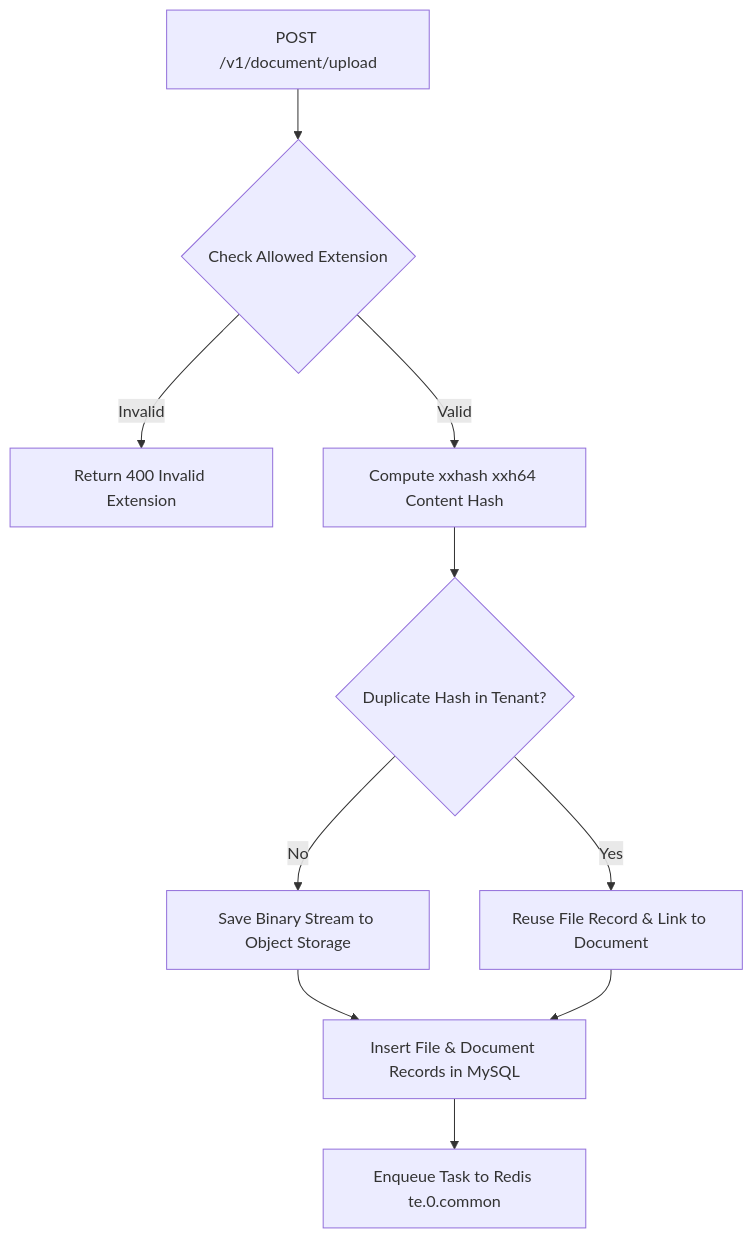
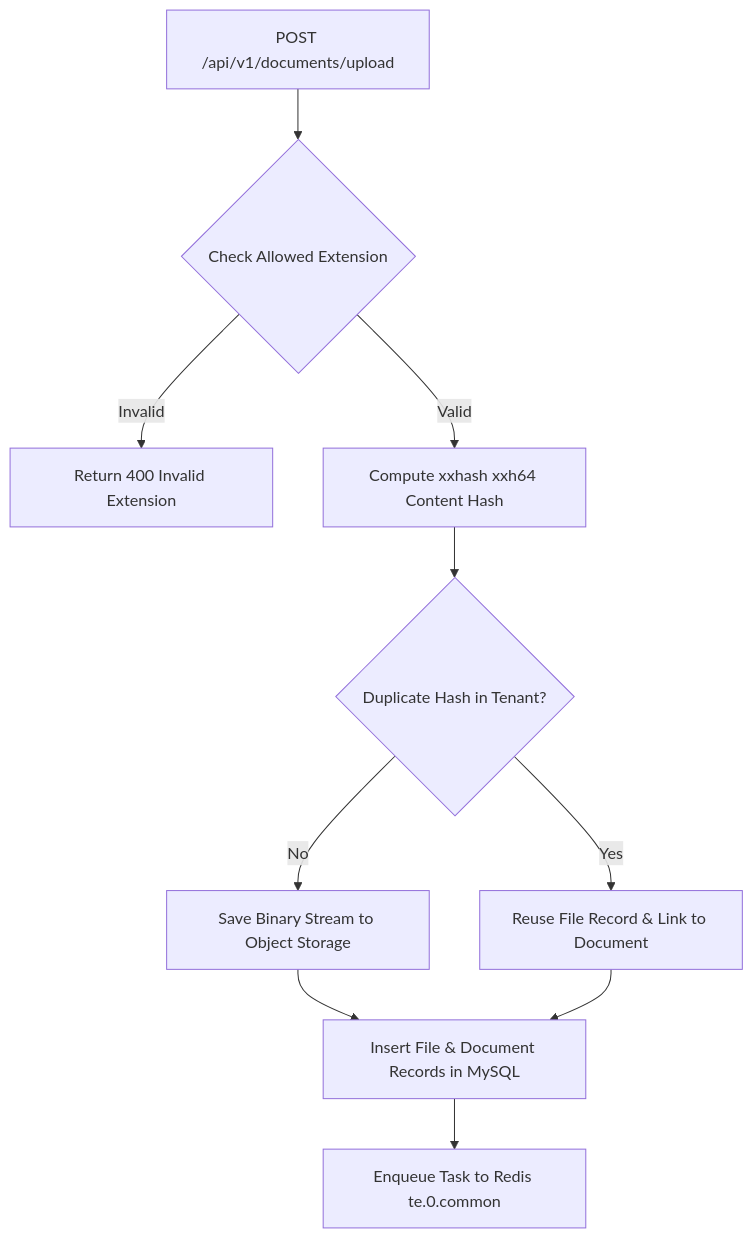
One commit to 6sLOGAN78/devRAG changed the diagram in ragflow-docs/06-document-processing/upload.md. Above: the diagram before and after it, drawn with Mermaid. The commit also changed other lines of this file and 35 other files, not shown here.

````diff
--- a/ragflow-docs/06-document-processing/upload.md
+++ b/ragflow-docs/06-document-processing/upload.md
@@ -14,14 +14,14 @@
 ```mermaid
 flowchart TD
-    Request[POST /v1/document/upload] --> ValidateExt{Check Allowed Extension}
+    Request[POST /api/v1/documents/upload] --> ValidateExt{Check Allowed Extension}
     ValidateExt -->|Invalid| Error[Return 400 Invalid Extension]
     ValidateExt -->|Valid| Hash[Compute xxhash xxh64 Content Hash]
     
     Hash --> CheckDup{Duplicate Hash in Tenant?}
     CheckDup -->|Yes| FastPath[Reuse File Record & Link to Document]
     CheckDup -->|No| StoreBlob[Save Binary Stream to Object Storage]
     
     StoreBlob --> DBInsert[Insert File & Document Records in MySQL]
     FastPath --> DBInsert
     DBInsert --> QueueTask[Enqueue Task to Redis te.0.common]
 ```
````
